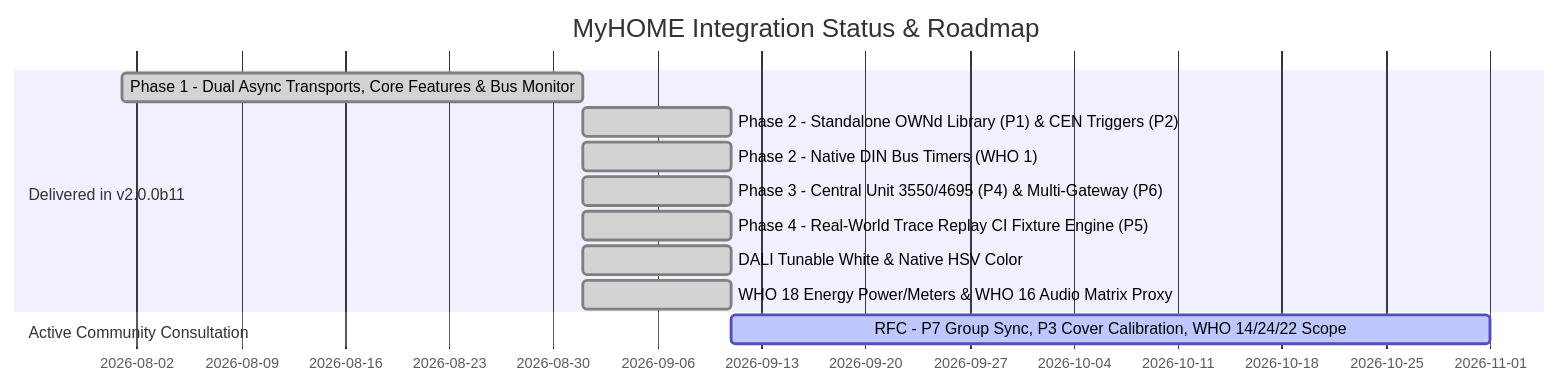
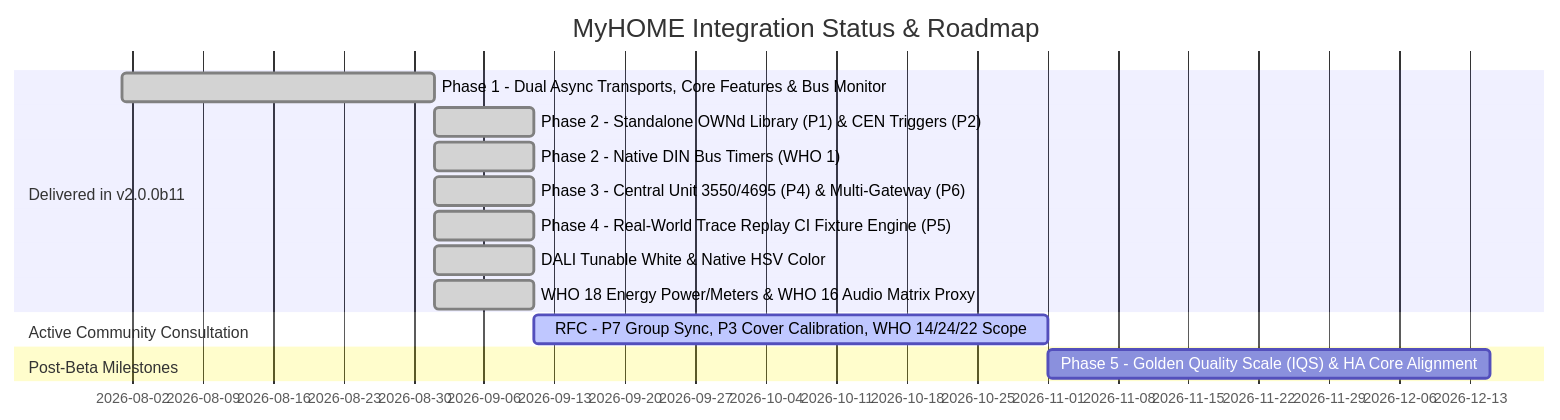
One commit to DinoMesina/MyHOME changed the first of 3 diagrams in ROADMAP.md. Above: the diagram before and after it, drawn with Mermaid. The commit also changed other lines of this file, not shown here.

Commit message:
docs(roadmap): add Phase 5 Golden Quality Seal (IQS) post-beta roadmap

````diff
--- a/ROADMAP.md
+++ b/ROADMAP.md
@@ -13,15 +13,17 @@
 ```mermaid
 gantt
     title MyHOME Integration Status & Roadmap
     dateFormat  YYYY-MM-DD
     section Delivered in v2.0.0b11
     Phase 1 - Dual Async Transports, Core Features & Bus Monitor    :done, 2026-08-01, 2026-09-01
     Phase 2 - Standalone OWNd Library (P1) & CEN Triggers (P2)      :done, 2026-09-01, 2026-09-11
     Phase 2 - Native DIN Bus Timers (WHO 1)                         :done, 2026-09-01, 2026-09-11
     Phase 3 - Central Unit 3550/4695 (P4) & Multi-Gateway (P6)      :done, 2026-09-01, 2026-09-11
     Phase 4 - Real-World Trace Replay CI Fixture Engine (P5)        :done, 2026-09-01, 2026-09-11
     DALI Tunable White & Native HSV Color                           :done, 2026-09-01, 2026-09-11
     WHO 18 Energy Power/Meters & WHO 16 Audio Matrix Proxy          :done, 2026-09-01, 2026-09-11
     section Active Community Consultation
     RFC - P7 Group Sync, P3 Cover Calibration, WHO 14/24/22 Scope   :active, 2026-09-11, 2026-11-01
+    section Post-Beta Milestones
+    Phase 5 - Golden Quality Scale (IQS) & HA Core Alignment         :2026-11-01, 2026-12-15
 ```
````
